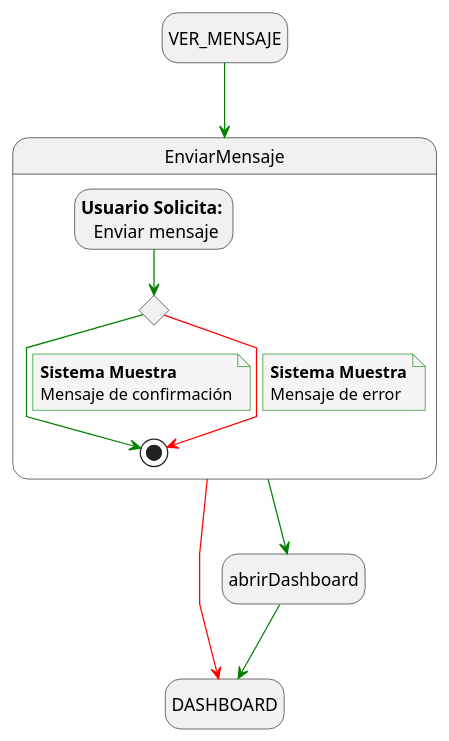
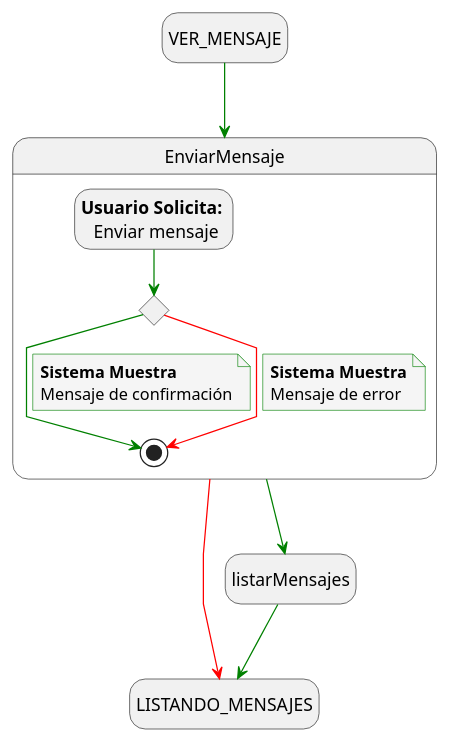
One commit to mmasias/24-25-IdSw1-SDR changed the diagram in docs/casosDeUso/detalladoCasosDeUso/detalladoEnvioMensajes/detalladoEnvioMensaje.puml. Above: the diagram before and after it, drawn with PlantUML. The commit also changed 13 other files, not shown here.

Commit message:
FIX/ actualizar estados iniciales y finales en diagramas de casos de uso

```diff
--- a/docs/casosDeUso/detalladoCasosDeUso/detalladoEnvioMensajes/detalladoEnvioMensaje.puml
+++ b/docs/casosDeUso/detalladoCasosDeUso/detalladoEnvioMensajes/detalladoEnvioMensaje.puml
@@ -1,40 +1,40 @@
 @startuml enviar_mensaje
 
 skinparam {
   NoteBackgroundColor #whiteSmoke
   ArrowColor #green
   NoteBorderColor #green
   linetype polyline
 }
 
 hide empty description
 
 state startState as "VER_MENSAJE"
-state endState as "DASHBOARD"
+state endState as "LISTANDO_MENSAJES"
 
 startState --> EnviarMensaje
 
-EnviarMensaje--> abrirDashboard
-abrirDashboard--> endState
+EnviarMensaje--> listarMensajes
+listarMensajes--> endState
 EnviarMensaje -[#red]-> endState
 
 state EnviarMensaje{
     state revisionFiltrosEnviados <<choice>>
     state usuarioSolicita as "<b>Usuario Solicita:</b> \n Enviar mensaje"
 
     usuarioSolicita --> revisionFiltrosEnviados 
 
     revisionFiltrosEnviados --> [*]
     note on link
         <b>Sistema Muestra</b>
         Mensaje de confirmación
     end note
 
     revisionFiltrosEnviados -[#red]-> [*]
     note on link
         <b>Sistema Muestra</b>
         Mensaje de error
     end note
 }
 
 @enduml
```
